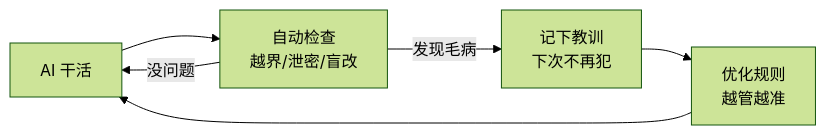
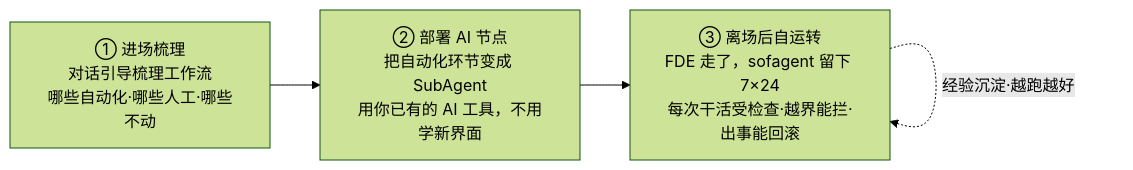
Before and after one commit to KongFangXun/sofagent: the first of 2 diagrams in README.md, drawn with Mermaid (forest theme). The commit also changed other lines of this file and 345 other files, not shown here.

````diff
--- a/README.md
+++ b/README.md
@@ -98,8 +32,6 @@
 ```mermaid
 graph LR
-    A[AI 干活] --> B[自动检查<br/>越界/泄密/盲改]
-    B -->|发现毛病| C[记下教训<br/>下次不再犯]
-    C --> D[优化规则<br/>越管越准]
-    D --> A
-    B -->|没问题| A
+    A["① 进场梳理<br/>对话引导梳理工作流<br/>哪些自动化·哪些人工·哪些不动"] --> B["② 部署 AI 节点<br/>把自动化环节变成 SubAgent<br/>用你已有的 AI 工具，不用学新界面"]
+    B --> C["③ 离场后自运转<br/>FDE 走了，sofagent 留下 7×24<br/>每次干活受检查·越界能拦·出事能回滚"]
+    C -.->|经验沉淀·越跑越好| C
 ```
````
